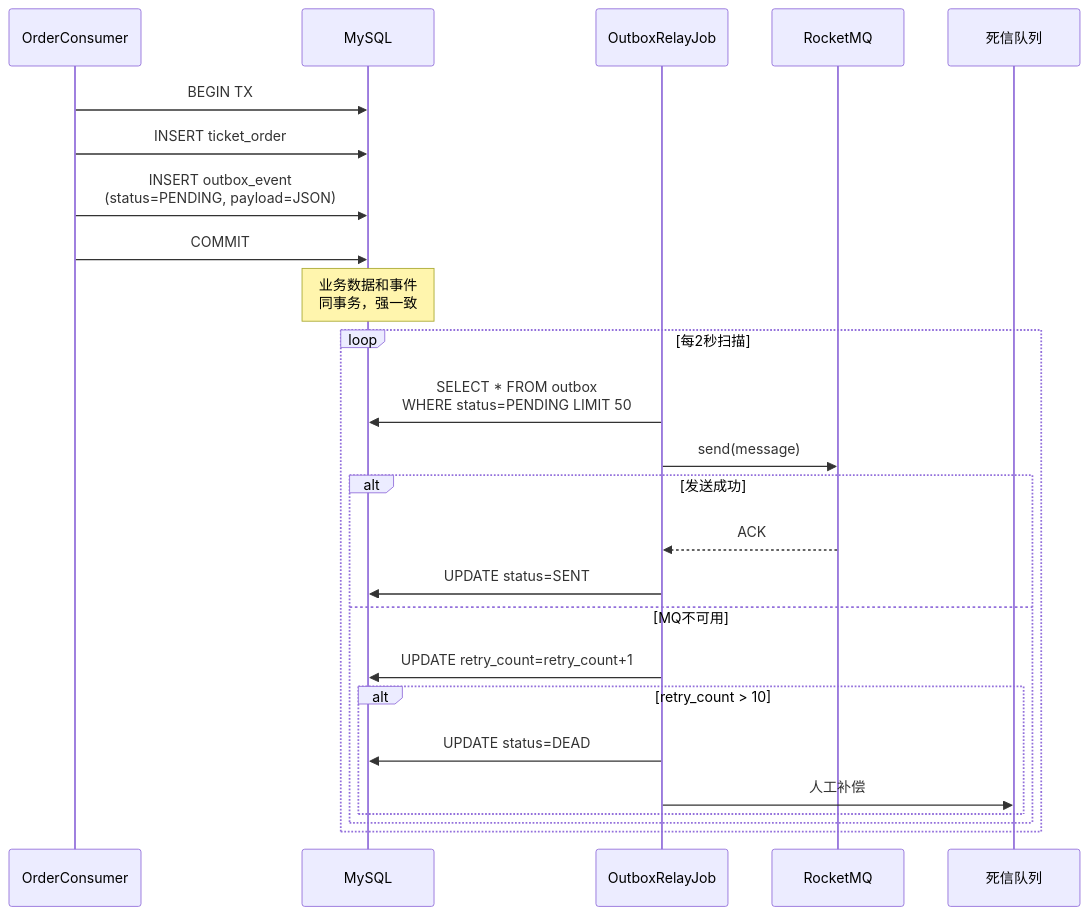
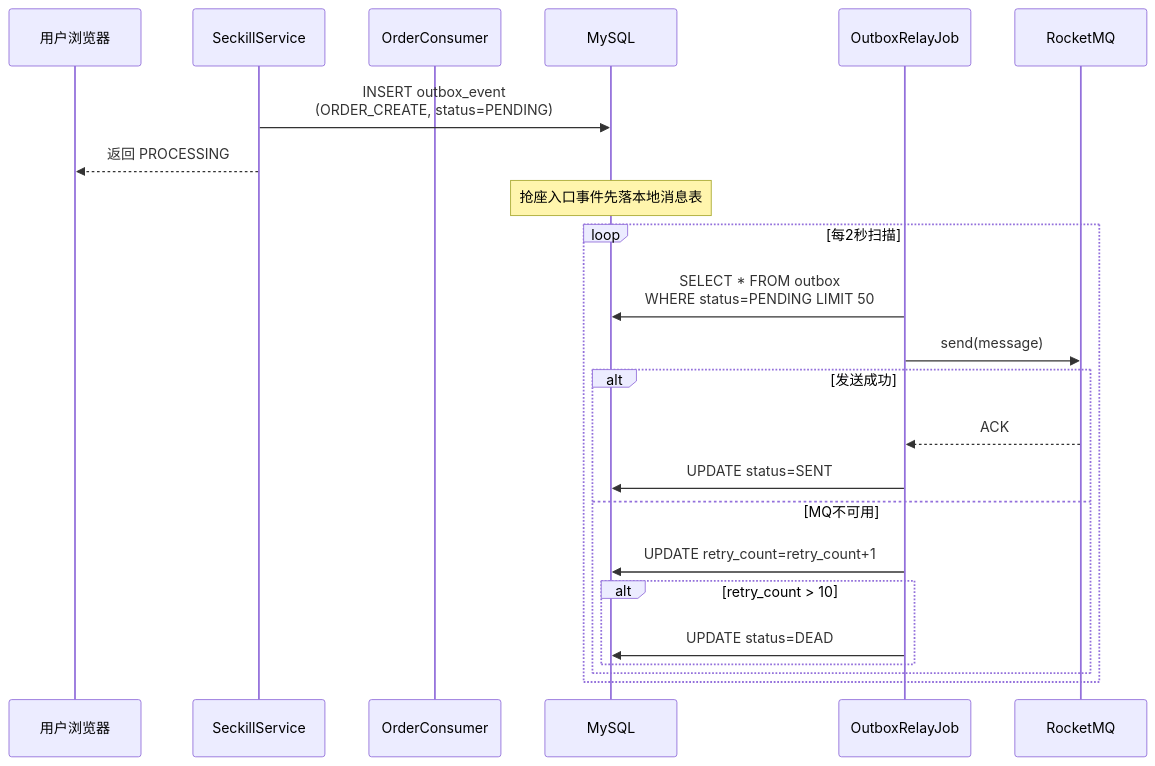
Before and after one commit to wangn-tech/movie-seckill: the eighth of 12 diagrams in docs/架构设计.md, drawn with Mermaid. The commit also changed other lines of this file and 5 other files, not shown here.

Commit message:
docs: synchronize interview architecture and consistency notes

````diff
--- a/docs/架构设计.md
+++ b/docs/架构设计.md
@@ -264,29 +269,26 @@
 ```mermaid
 sequenceDiagram
+    participant U as 用户浏览器
+    participant S as SeckillService
     participant CONS as OrderConsumer
     participant DB as MySQL
     participant JOB as OutboxRelayJob
     participant MQ as RocketMQ
-    participant DLQ as 死信队列
-
-    CONS->>DB: BEGIN TX
-    CONS->>DB: INSERT ticket_order
-    CONS->>DB: INSERT outbox_event<br/>(status=PENDING, payload=JSON)
-    CONS->>DB: COMMIT
-    Note over DB: 业务数据和事件<br/>同事务，强一致
+    S->>DB: INSERT outbox_event<br/>(ORDER_CREATE, status=PENDING)
+    S-->>U: 返回 PROCESSING
+    Note over DB: 抢座入口事件先落本地消息表
 
     loop 每2秒扫描
         JOB->>DB: SELECT * FROM outbox<br/>WHERE status=PENDING LIMIT 50
         JOB->>MQ: send(message)
         alt 发送成功
             MQ-->>JOB: ACK
             JOB->>DB: UPDATE status=SENT
         else MQ不可用
             JOB->>DB: UPDATE retry_count=retry_count+1
             alt retry_count > 10
                 JOB->>DB: UPDATE status=DEAD
-                JOB->>DLQ: 人工补偿
             end
         end
     end
 ```
````
